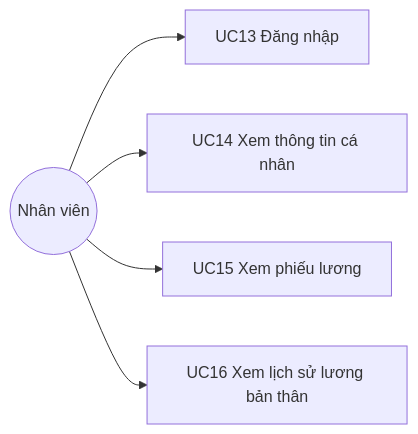
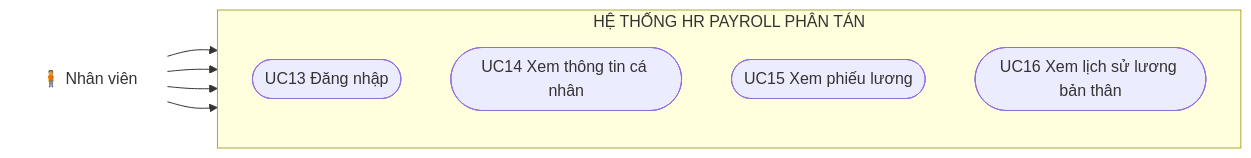
Diagram 13 of 16 in REPORT_DIAGRAM_CODES.md (s1mpmirai/CSDLPT), drawn with Mermaid before and after one commit. The commit also changed other lines of this file and 1 other file, not shown here.

Commit message:
style: update use case diagrams with icons and improve formatting in documentation

````diff
--- a/REPORT_DIAGRAM_CODES.md
+++ b/REPORT_DIAGRAM_CODES.md
@@ -371,14 +385,19 @@
 ```mermaid
 flowchart LR
-  N((Nhân viên))
+  N["🧍 Nhân viên"]
 
-  UC13[UC13 Đăng nhập]
-  UC14[UC14 Xem thông tin cá nhân]
-  UC15[UC15 Xem phiếu lương]
-  UC16[UC16 Xem lịch sử lương bản thân]
+  subgraph SYSN[HỆ THỐNG HR PAYROLL PHÂN TÁN]
+    direction TB
+    UC13([UC13 Đăng nhập])
+    UC14([UC14 Xem thông tin cá nhân])
+    UC15([UC15 Xem phiếu lương])
+    UC16([UC16 Xem lịch sử lương bản thân])
+  end
+
+  style N fill:transparent,stroke:transparent
 
   N --> UC13
   N --> UC14
   N --> UC15
   N --> UC16
 ```
````
